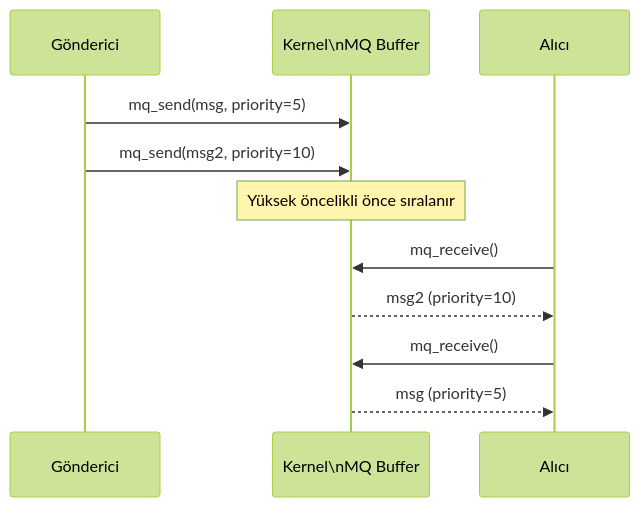
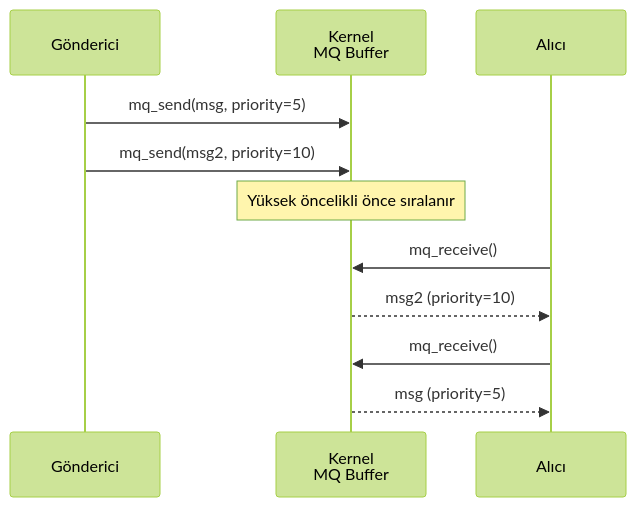
The fifth of 11 diagrams in docs/md/communication/ipc.md (serkanMzlm/MechatronicsNotebook), drawn with Mermaid (forest theme) before and after one commit. The commit also changed other lines of this file and 2 other files, not shown here.

````diff
--- a/docs/md/communication/ipc.md
+++ b/docs/md/communication/ipc.md
@@ -313,14 +191,14 @@
 ```mermaid
 sequenceDiagram
     participant S as Gönderici
-    participant K as Kernel\nMQ Buffer
+    participant K as Kernel<br/>MQ Buffer
     participant R as Alıcı
 
     S->>K: mq_send(msg, priority=5)
     S->>K: mq_send(msg2, priority=10)
     Note over K: Yüksek öncelikli önce sıralanır
     R->>K: mq_receive()
     K-->>R: msg2 (priority=10)
     R->>K: mq_receive()
     K-->>R: msg (priority=5)
 ```
````
